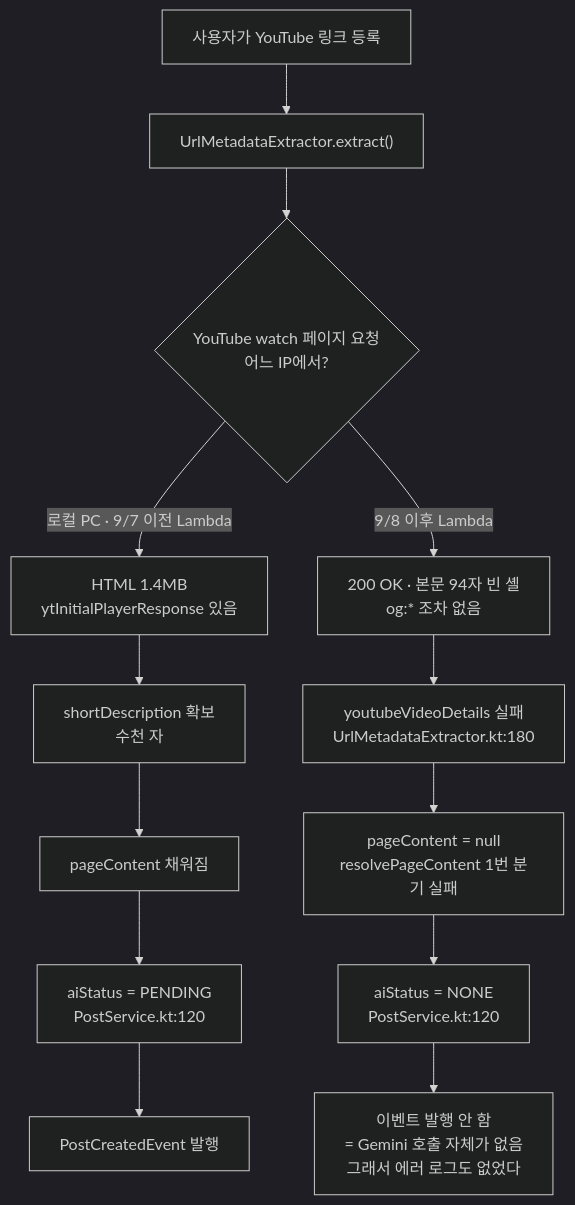
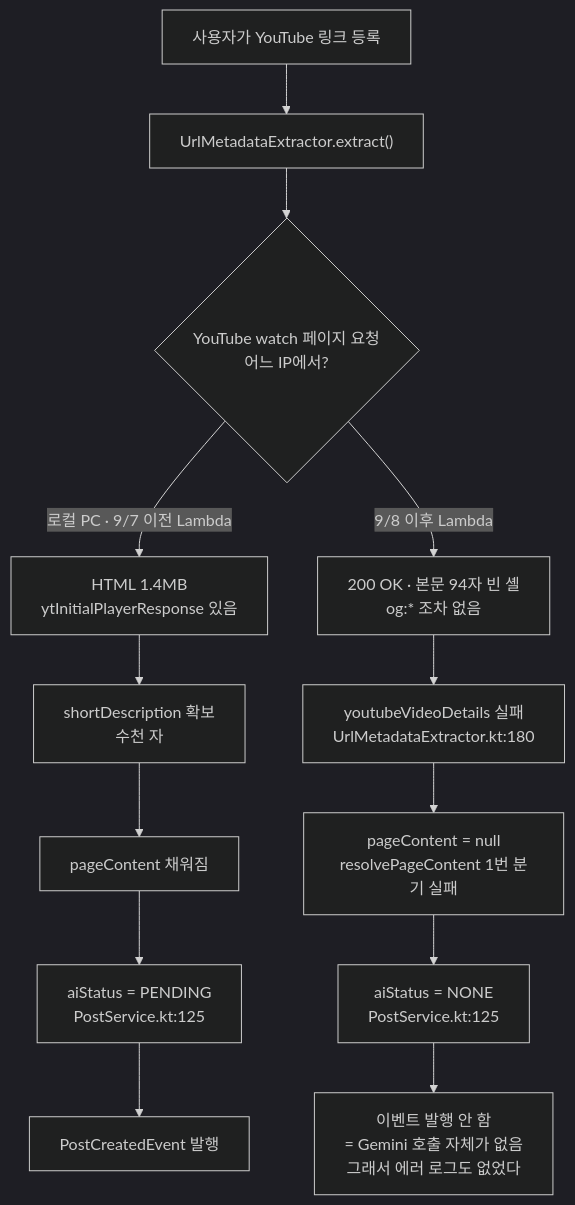
One commit to BAECHAN/link-sphere_BE_NEW changed the first of 3 diagrams in docs/AI-ASYNC-PROCESSING.md. Above: the diagram before and after it, drawn with Mermaid (dark theme). The commit also changed other lines of this file and 31 other files, not shown here.

````diff
--- a/docs/AI-ASYNC-PROCESSING.md
+++ b/docs/AI-ASYNC-PROCESSING.md
@@ -574,20 +574,20 @@
 ```mermaid
 flowchart TD
     A["사용자가 YouTube 링크 등록"] --> B["UrlMetadataExtractor.extract()"]
     B --> C{"YouTube watch 페이지 요청<br/>어느 IP에서?"}
 
     C -->|"로컬 PC · 9/7 이전 Lambda"| D["HTML 1.4MB<br/>ytInitialPlayerResponse 있음"]
     C -->|"9/8 이후 Lambda"| E["200 OK · 본문 94자 빈 셸<br/>og:* 조차 없음"]
 
     D --> F["shortDescription 확보<br/>수천 자"]
     E --> G["youtubeVideoDetails 실패<br/>UrlMetadataExtractor.kt:180"]
 
     F --> H["pageContent 채워짐"]
     G --> I["pageContent = null<br/>resolvePageContent 1번 분기 실패"]
 
-    H --> J["aiStatus = PENDING<br/>PostService.kt:120"]
-    I --> K["aiStatus = NONE<br/>PostService.kt:120"]
+    H --> J["aiStatus = PENDING<br/>PostService.kt:125"]
+    I --> K["aiStatus = NONE<br/>PostService.kt:125"]
 
     J --> L["PostCreatedEvent 발행"]
     K --> M["이벤트 발행 안 함<br/>= Gemini 호출 자체가 없음<br/>그래서 에러 로그도 없었다"]
 ```
````
